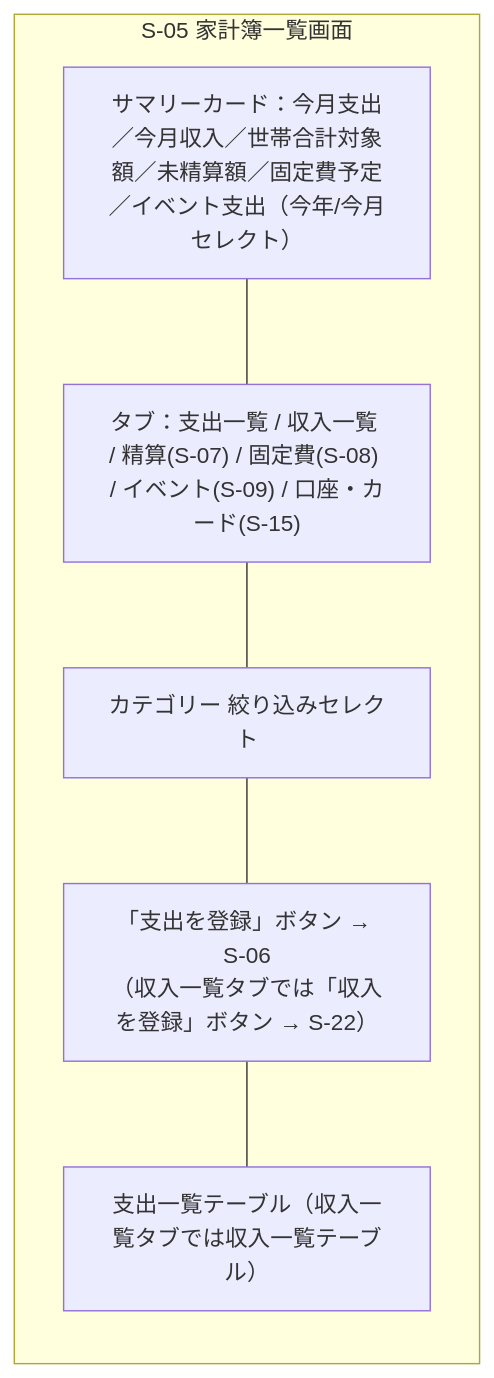
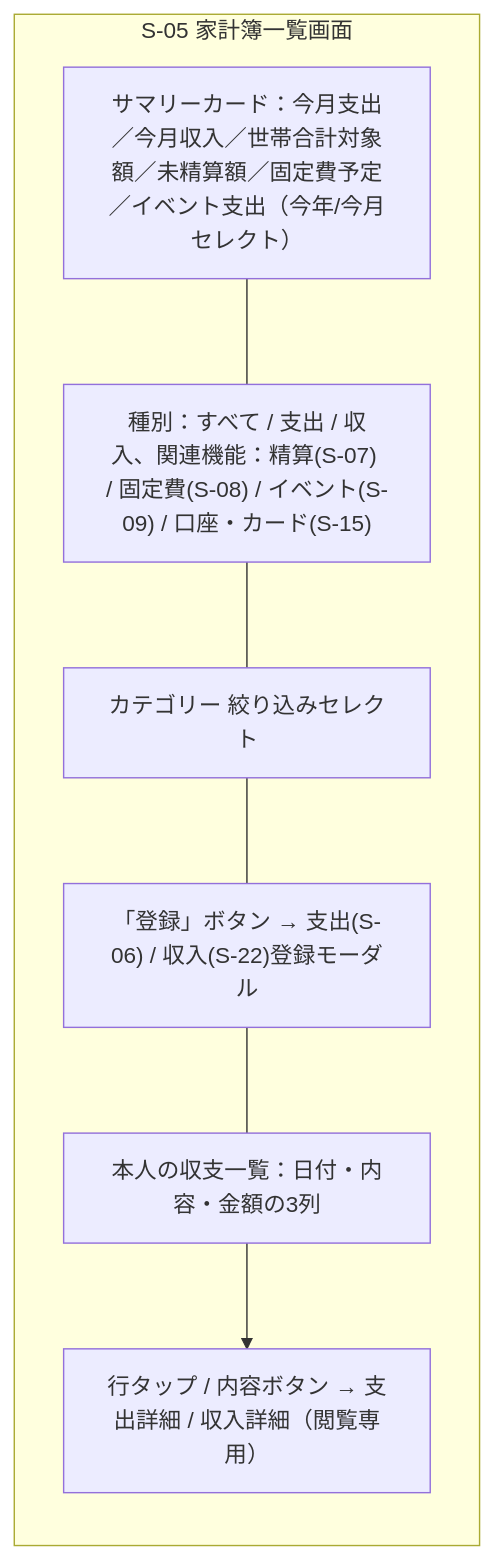
One commit to yamamotonaoki3/HomeLog changed the fifth of 19 diagrams in docs/details/wireframes.md. Above: the diagram before and after it, drawn with Mermaid. The commit also changed other lines of this file and 12 other files, not shown here.

````diff
--- a/docs/details/wireframes.md
+++ b/docs/details/wireframes.md
@@ -248,12 +249,14 @@
 ```mermaid
 flowchart TD
     subgraph Screen["S-05 家計簿一覧画面"]
         direction TB
         Summary["サマリーカード：今月支出／今月収入／世帯合計対象額／未精算額／固定費予定／イベント支出（今年/今月セレクト）"]
-        Tabs["タブ：支出一覧 / 収入一覧 / 精算(S-07) / 固定費(S-08) / イベント(S-09) / 口座・カード(S-15)"]
+        Tabs["種別：すべて / 支出 / 収入、関連機能：精算(S-07) / 固定費(S-08) / イベント(S-09) / 口座・カード(S-15)"]
         Filter["カテゴリー 絞り込みセレクト"]
-        AddBtn["「支出を登録」ボタン → S-06\n（収入一覧タブでは「収入を登録」ボタン → S-22）"]
-        List["支出一覧テーブル（収入一覧タブでは収入一覧テーブル）"]
+        AddBtn["「登録」ボタン → 支出(S-06) / 収入(S-22)登録モーダル"]
+        List["本人の収支一覧：日付・内容・金額の3列"]
+        Detail["行タップ / 内容ボタン → 支出詳細 / 収入詳細（閲覧専用）"]
     end
     Summary --- Tabs --- Filter --- AddBtn --- List
+    List --> Detail
 ```
````
